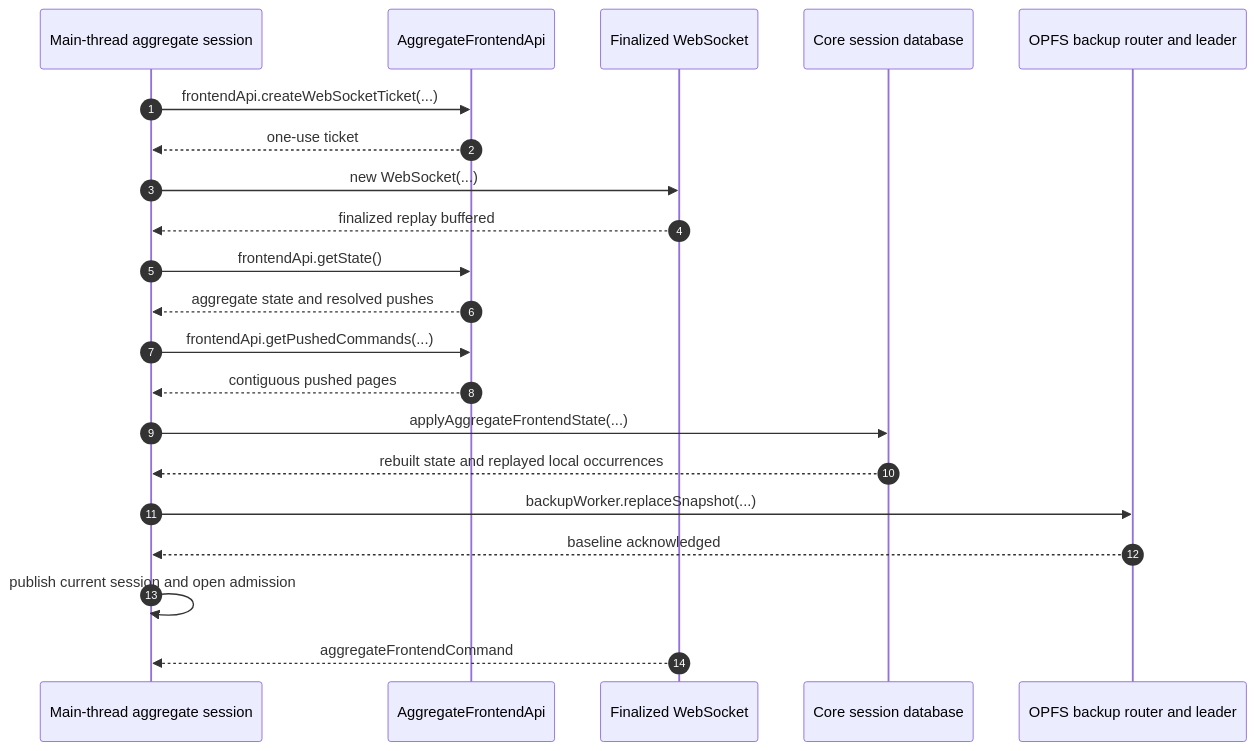
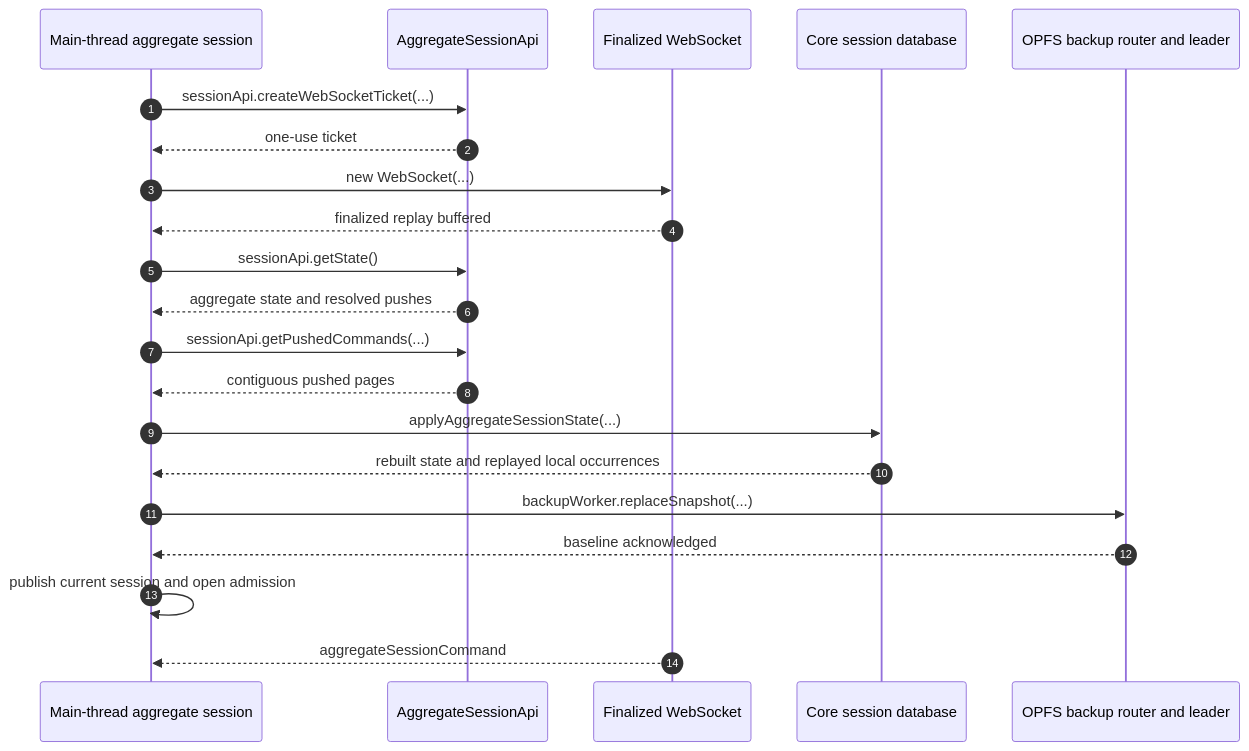
One commit to morgs32/qrk.sh changed the fourth of 4 diagrams in wiki/dev/diagrams/KappaArchitecture.md. Above: the diagram before and after it, drawn with Mermaid. The commit also changed other lines of this file and 1714 other files, not shown here.

````diff
--- a/wiki/dev/diagrams/KappaArchitecture.md
+++ b/wiki/dev/diagrams/KappaArchitecture.md
@@ -136,37 +136,37 @@
 ```mermaid
 sequenceDiagram
   participant Session as Main-thread aggregate session
-  participant Gateway as AggregateFrontendApi
+  participant Gateway as AggregateSessionApi
   participant Socket as Finalized WebSocket
   participant Core as Core session database
   participant Backup as OPFS backup router and leader
 
   autonumber 1
-  Session->>Gateway: frontendApi.createWebSocketTicket(...)
+  Session->>Gateway: sessionApi.createWebSocketTicket(...)
   autonumber 2
   Gateway-->>Session: one-use ticket
   autonumber 3
   Session->>Socket: new WebSocket(...)
   autonumber 4
   Socket-->>Session: finalized replay buffered
   autonumber 5
-  Session->>Gateway: frontendApi.getState()
+  Session->>Gateway: sessionApi.getState()
   autonumber 6
   Gateway-->>Session: aggregate state and resolved pushes
   autonumber 7
-  Session->>Gateway: frontendApi.getPushedCommands(...)
+  Session->>Gateway: sessionApi.getPushedCommands(...)
   autonumber 8
   Gateway-->>Session: contiguous pushed pages
   autonumber 9
-  Session->>Core: applyAggregateFrontendState(...)
+  Session->>Core: applyAggregateSessionState(...)
   autonumber 10
   Core-->>Session: rebuilt state and replayed local occurrences
   autonumber 11
   Session->>Backup: backupWorker.replaceSnapshot(...)
   autonumber 12
   Backup-->>Session: baseline acknowledged
   autonumber 13
   Session->>Session: publish current session and open admission
   autonumber 14
-  Socket-->>Session: aggregateFrontendCommand
+  Socket-->>Session: aggregateSessionCommand
 ```
````
